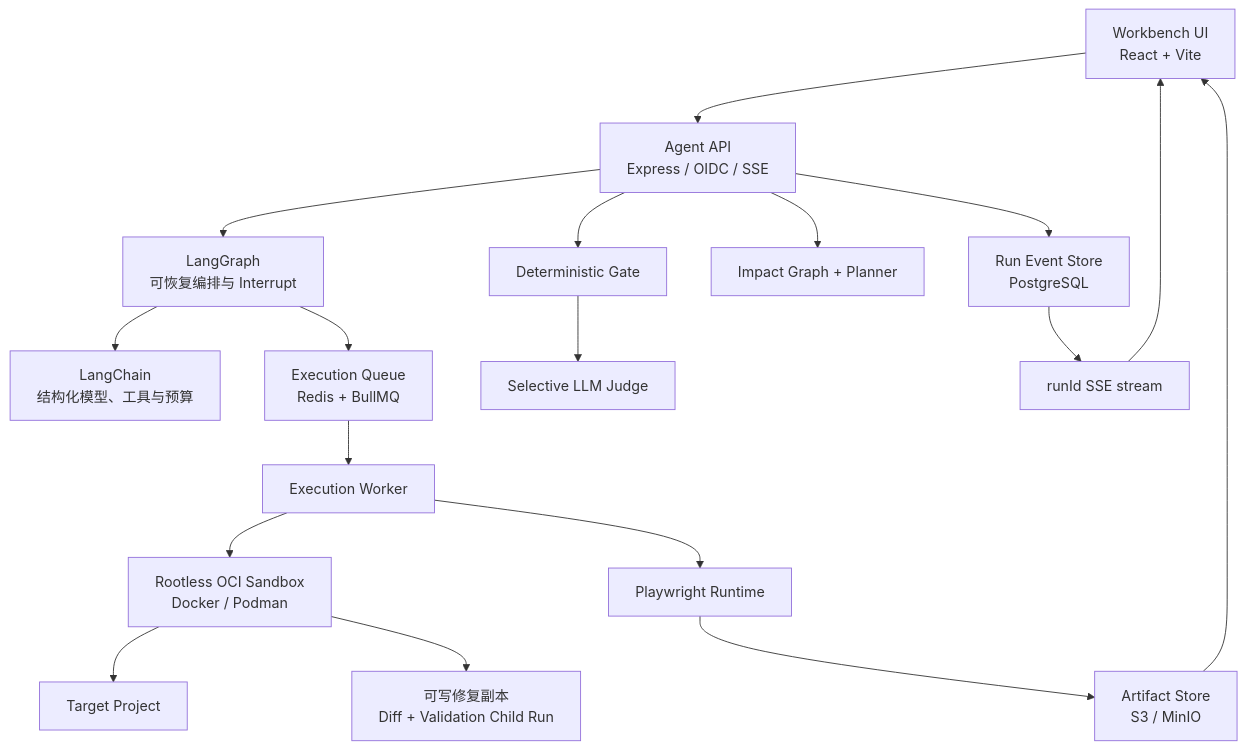
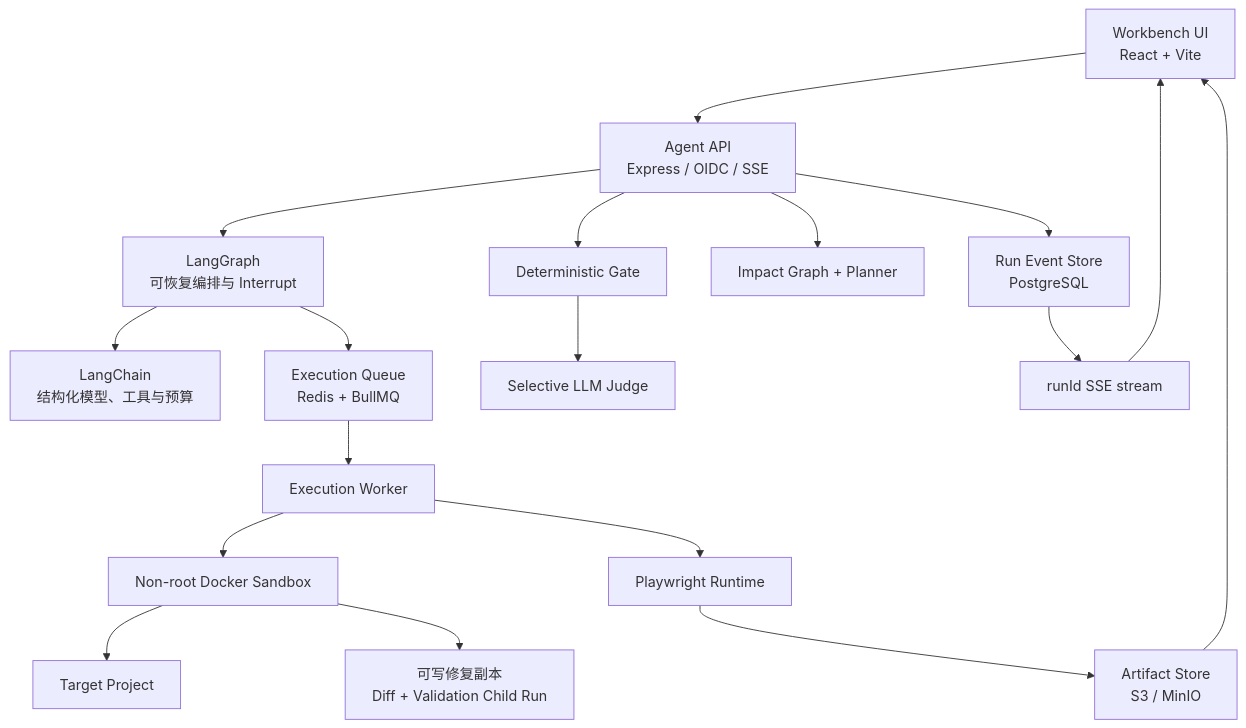
The second of 2 diagrams in README.md (ZZX0109/ai-test-officer), drawn with Mermaid before and after one commit. The commit also changed other lines of this file, not shown here.

````diff
--- a/README.md
+++ b/README.md
@@ -421,20 +435,20 @@
 ```mermaid
 flowchart TB
     UI["Workbench UI<br/>React + Vite"] --> API["Agent API<br/>Express / OIDC / SSE"]
     API --> GRAPH["LangGraph<br/>可恢复编排与 Interrupt"]
     GRAPH --> CHAIN["LangChain<br/>结构化模型、工具与预算"]
     API --> STORE["Run Event Store<br/>PostgreSQL"]
     GRAPH --> QUEUE["Execution Queue<br/>Redis + BullMQ"]
     QUEUE --> WORKER["Execution Worker"]
-    WORKER --> OCI["Rootless OCI Sandbox<br/>Docker / Podman"]
+    WORKER --> OCI["Non-root Docker Sandbox"]
     OCI --> TARGET["Target Project"]
     OCI --> REPAIR["可写修复副本<br/>Diff + Validation Child Run"]
     WORKER --> PW["Playwright Runtime"]
     PW --> ART["Artifact Store<br/>S3 / MinIO"]
     API --> PLAN["Impact Graph + Planner"]
     API --> GATE["Deterministic Gate"]
     GATE --> JUDGE["Selective LLM Judge"]
     STORE --> SSE["runId SSE stream"]
     SSE --> UI
     ART --> UI
 ```
````
